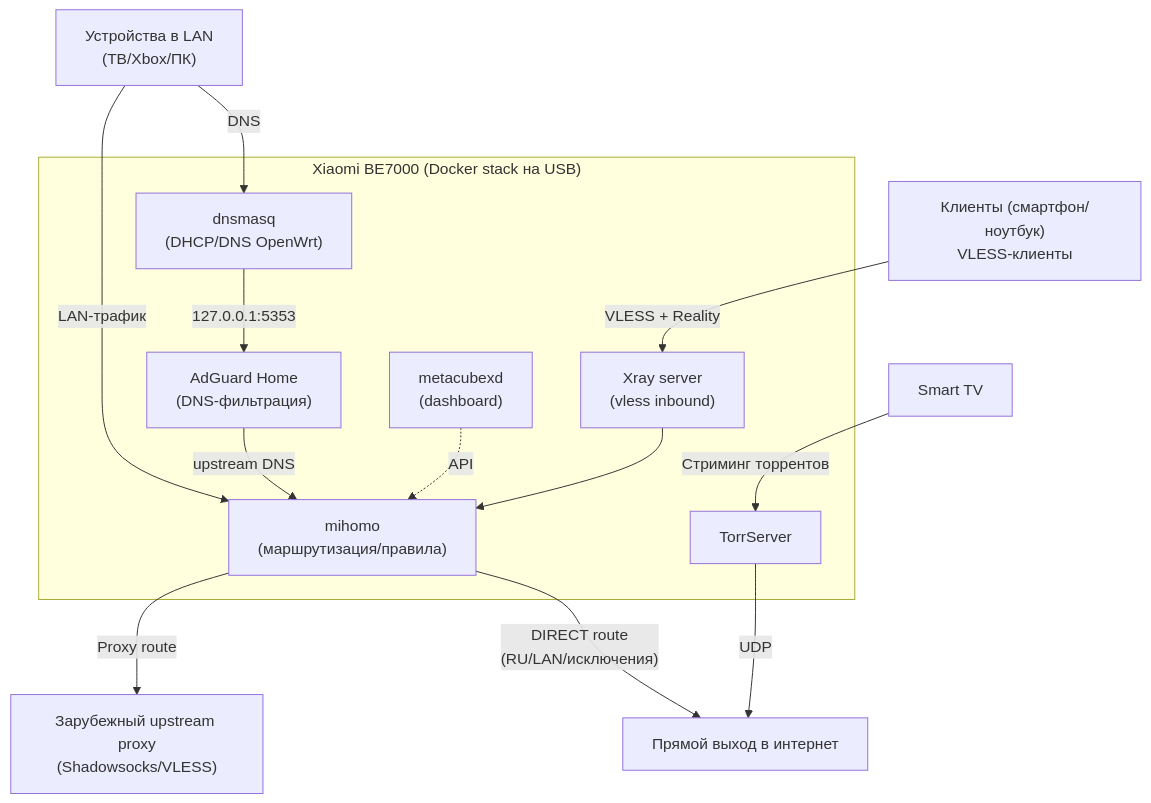
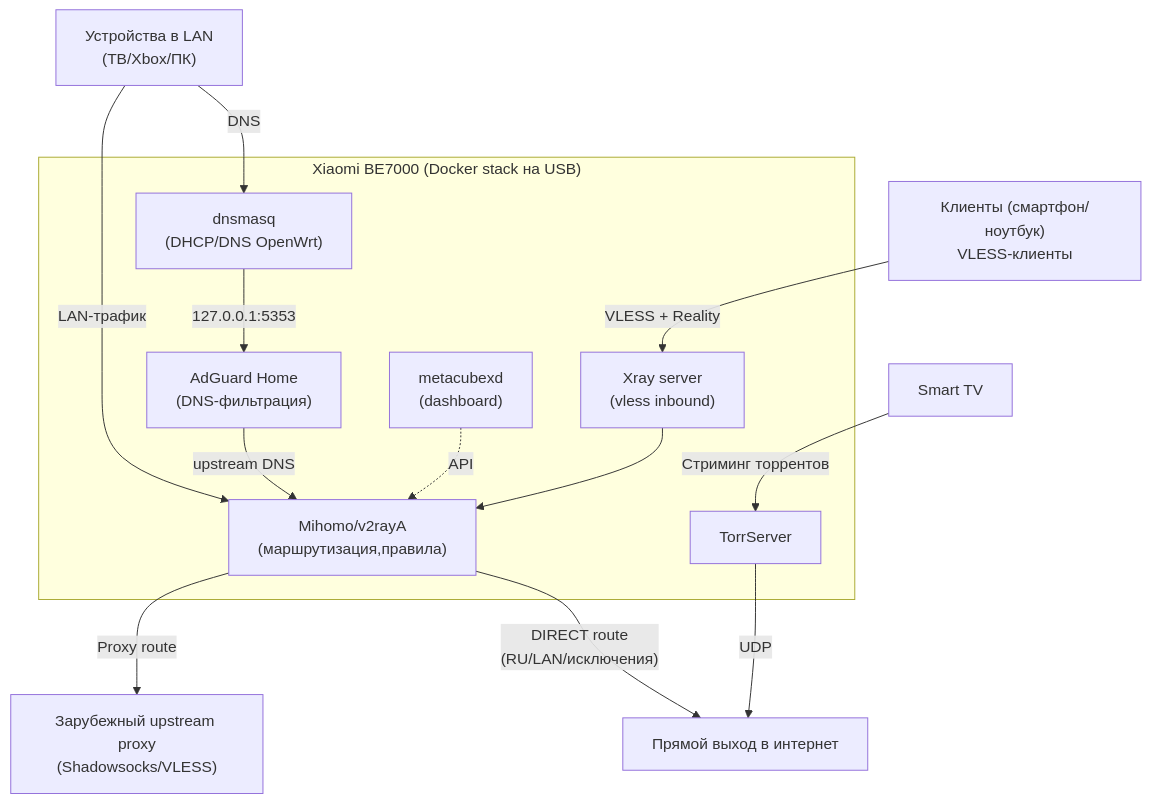
The diagram in README.md (tonatos/xiaomi-be7000-setup), drawn with Mermaid before and after one commit. The commit also changed other lines of this file and 17 other files, not shown here.

````diff
--- a/README.md
+++ b/README.md
@@ -19,24 +60,24 @@
 ```mermaid
 flowchart TD
   UserClient["Клиенты (смартфон/ноутбук)\nVLESS-клиенты"] -->|"VLESS + Reality"| Xray
   LanDevices["Устройства в LAN\n(ТВ/Xbox/ПК)"] -->|"LAN-трафик"| Mihomo
   LanDevices -->|"DNS"| Dnsmasq
   Dnsmasq -->|"127.0.0.1:5353"| AdGuard
   SmartTV["Smart TV"] -->|"Стриминг торрентов"| Torr
   Torr -->|"UDP"| Direct["Прямой выход в интернет"]
 
   subgraph Router["Xiaomi BE7000 (Docker stack на USB)"]
     Xray["Xray server\n(vless inbound)"]
-    Mihomo["mihomo\n(маршрутизация/правила)"]
+    Mihomo["Mihomo/v2rayA\n(маршрутизация,правила)"]
     AdGuard["AdGuard Home\n(DNS-фильтрация)"]
     Dashboard["metacubexd\n(dashboard)"]
     Dnsmasq["dnsmasq\n(DHCP/DNS OpenWrt)"]
     Torr["TorrServer"]
     Xray --> Mihomo
     AdGuard -->|"upstream DNS"| Mihomo
     Dashboard -. API .-> Mihomo
   end
 
   Mihomo -->|"Proxy route"| Upstream["Зарубежный upstream proxy\n(Shadowsocks/VLESS)"]
   Mihomo -->|"DIRECT route\n(RU/LAN/исключения)"| Direct["Прямой выход в интернет"]
 ```
````
